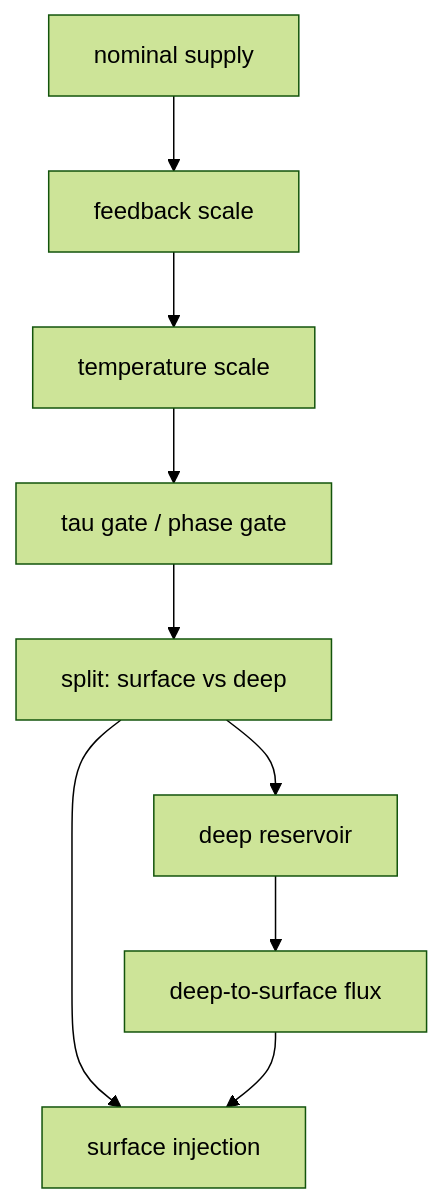
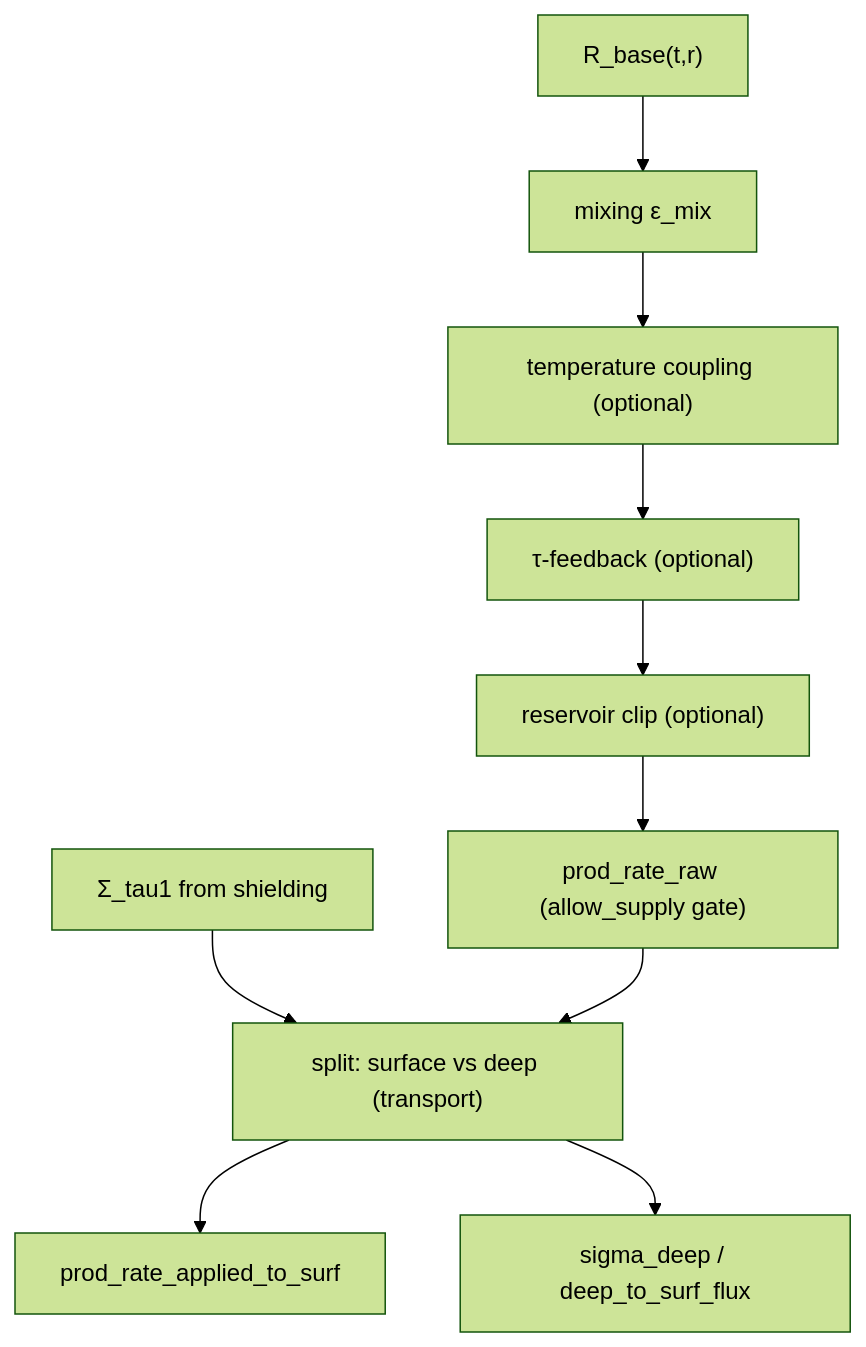
Before and after one commit to Einfeld686/MarsDiskSimulation: the sixth of 8 diagrams in analysis/thesis/methods.md, drawn with Mermaid (forest theme). The commit also changed other lines of this file and 7 other files, not shown here.

Commit message:
docs(thesis): refine methods flow and run_sweep tables

````diff
--- a/analysis/thesis/methods.md
+++ b/analysis/thesis/methods.md
@@ -386,11 +403,13 @@
 ```mermaid
 flowchart TB
-    A["nominal supply"] --> B["feedback scale"]
-    B --> C["temperature scale"]
-    C --> D["tau gate / phase gate"]
-    D --> E["split: surface vs deep"]
-    E --> F["surface injection"]
-    E --> G["deep reservoir"]
-    G --> H["deep-to-surface flux"]
-    H --> F
+    BASE["R_base(t,r)"] --> MIX["mixing ε_mix"]
+    MIX --> TEMP["temperature coupling (optional)"]
+    TEMP --> FB["τ-feedback (optional)"]
+    FB --> RES["reservoir clip (optional)"]
+    RES --> RATE["prod_rate_raw (allow_supply gate)"]
+
+    TAU1["Σ_tau1 from shielding"] --> SPLIT["split: surface vs deep (transport)"]
+    RATE --> SPLIT
+    SPLIT --> SURF["prod_rate_applied_to_surf"]
+    SPLIT --> DEEP["sigma_deep / deep_to_surf_flux"]
 ```
````
